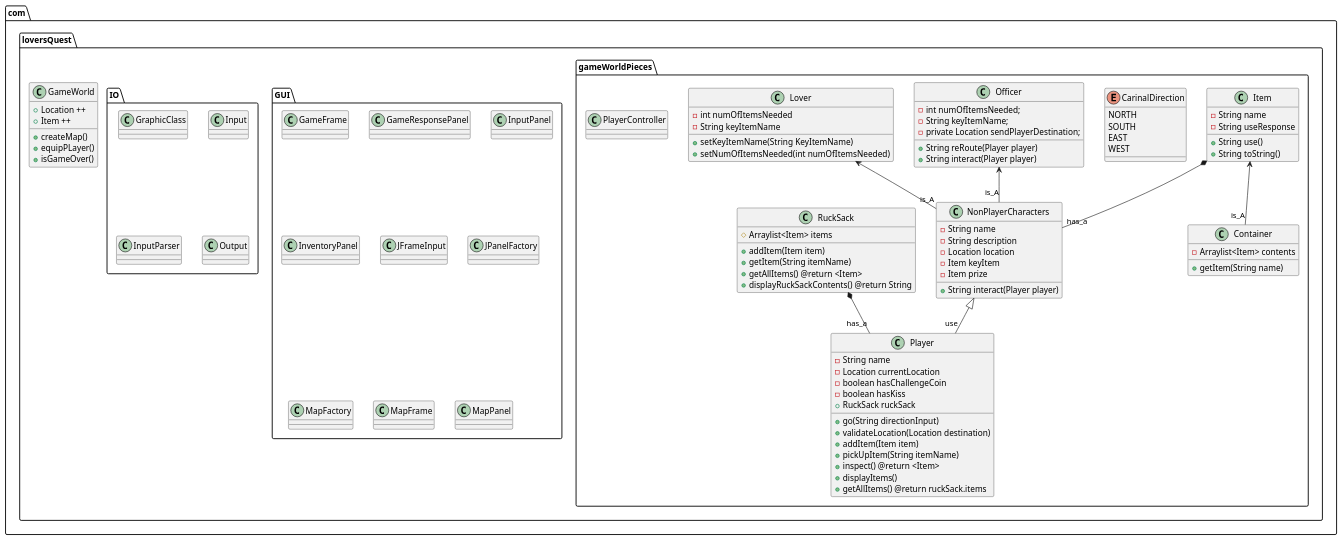
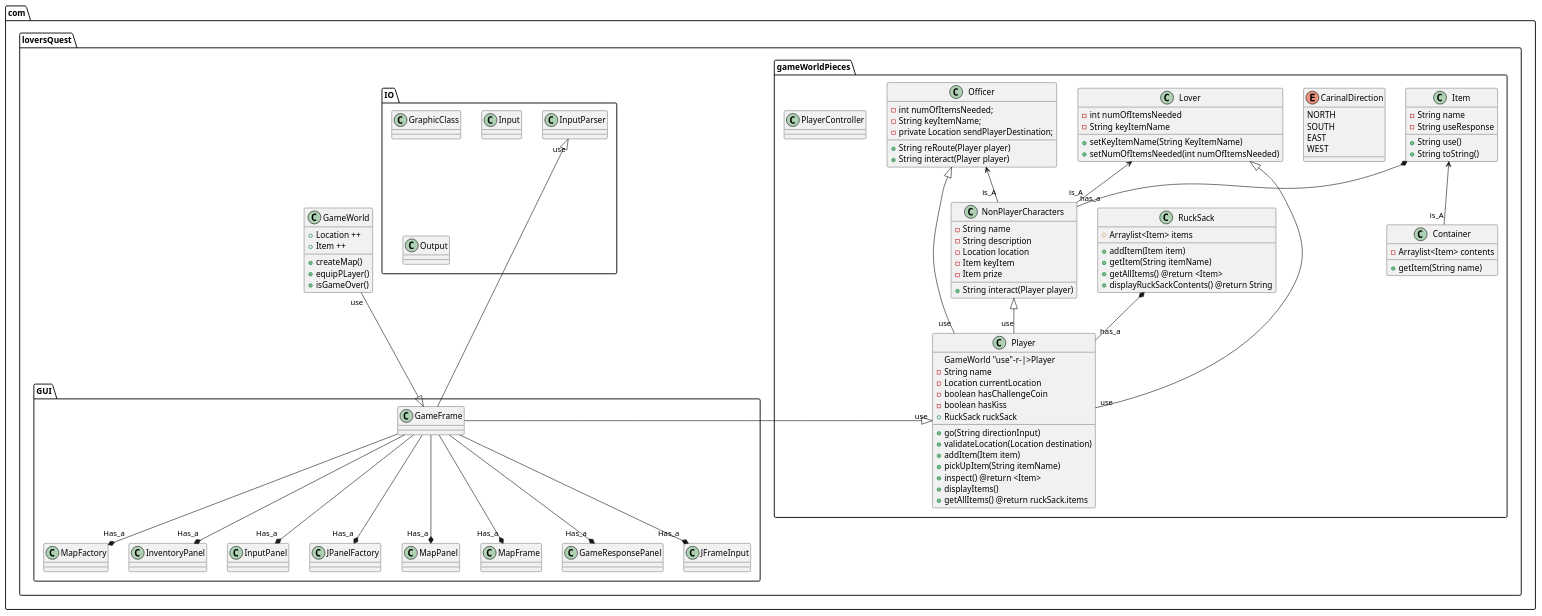
The diagram in resources/LoverQuestUML.puml (hzhang23/LoversQuest), drawn with PlantUML before and after one commit. The commit also changed 27 other files, not shown here.

```diff
--- a/resources/LoverQuestUML.puml
+++ b/resources/LoverQuestUML.puml
@@ -1,102 +1,118 @@
 @startuml
 package com.loversQuest{
+
 class GameWorld{
 +Location ++
 +Item ++
 +createMap()
 +equipPLayer()
 +isGameOver()
 }
 
 package gameWorldPieces{
 Item <--"is_A" Container
 enum CarinalDirection
 Item *--"has_a" NonPlayerCharacters
 Officer <--"is_A" NonPlayerCharacters
 Lover <--"is_A" NonPlayerCharacters
 RuckSack *--"has_a" Player
 NonPlayerCharacters <|-- "use" Player
+Lover <|-- "use" Player
+Officer <|-- "use" Player
 
 class PlayerController{}
 class Item {
 -String name
 -String useResponse
 +String use()
 +String toString()
 }
 class Container{
 -Arraylist<Item> contents
 +getItem(String name)
 }
 class NonPlayerCharacters{
 -String name
 -String description
 -Location location
 -Item keyItem
 -Item prize
 +String interact(Player player)
 }
 class Officer{
 -int numOfItemsNeeded;
 -String keyItemName;
 -private Location sendPlayerDestination;
 +String reRoute(Player player)
 +String interact(Player player)
 }
 class Lover{
 -int numOfItemsNeeded
 -String keyItemName
 +setKeyItemName(String KeyItemName)
 +setNumOfItemsNeeded(int numOfItemsNeeded)
 }
 class Player{
+GameWorld "use"-r-|>Player
 -String name
 -Location currentLocation
 -boolean hasChallengeCoin
 -boolean hasKiss
 +RuckSack ruckSack
 +go(String directionInput)
 +validateLocation(Location destination)
 +addItem(Item item)
 +pickUpItem(String itemName)
 +inspect() @return <Item>
 +displayItems()
 +getAllItems() @return ruckSack.items
 }
 class RuckSack{
 #Arraylist<Item> items
 +addItem(Item item)
 +getItem(String itemName)
 +getAllItems() @return <Item>
 +displayRuckSackContents() @return String
 }
 enum CarinalDirection {
 NORTH
 SOUTH
 EAST
 WEST
 }
 }
 package GUI{
+GameWorld "use"--|> GameFrame
+GameFrame -|>"use" Player
+GameFrame --*"Has_a" MapFactory
+GameFrame --*"Has_a" InventoryPanel
+GameFrame --*"Has_a" InputPanel
+GameFrame --*"Has_a" JPanelFactory
+GameFrame --*"Has_a" MapPanel
+GameFrame --*"Has_a" MapFrame
+GameFrame --*"Has_a" GameResponsePanel
+GameFrame --*"Has_a" JFrameInput
+
 class GameFrame
 class GameResponsePanel
 class InputPanel
 class InventoryPanel
 class JFrameInput
 class JPanelFactory
 class MapFactory
 class MapFrame
 class MapPanel
 }
 
 package IO{
+GameFrame -u--|>"use" InputParser
 class GraphicClass
 class Input
 class InputParser
 class Output
 }
 
 }
 
 
 @enduml
```
